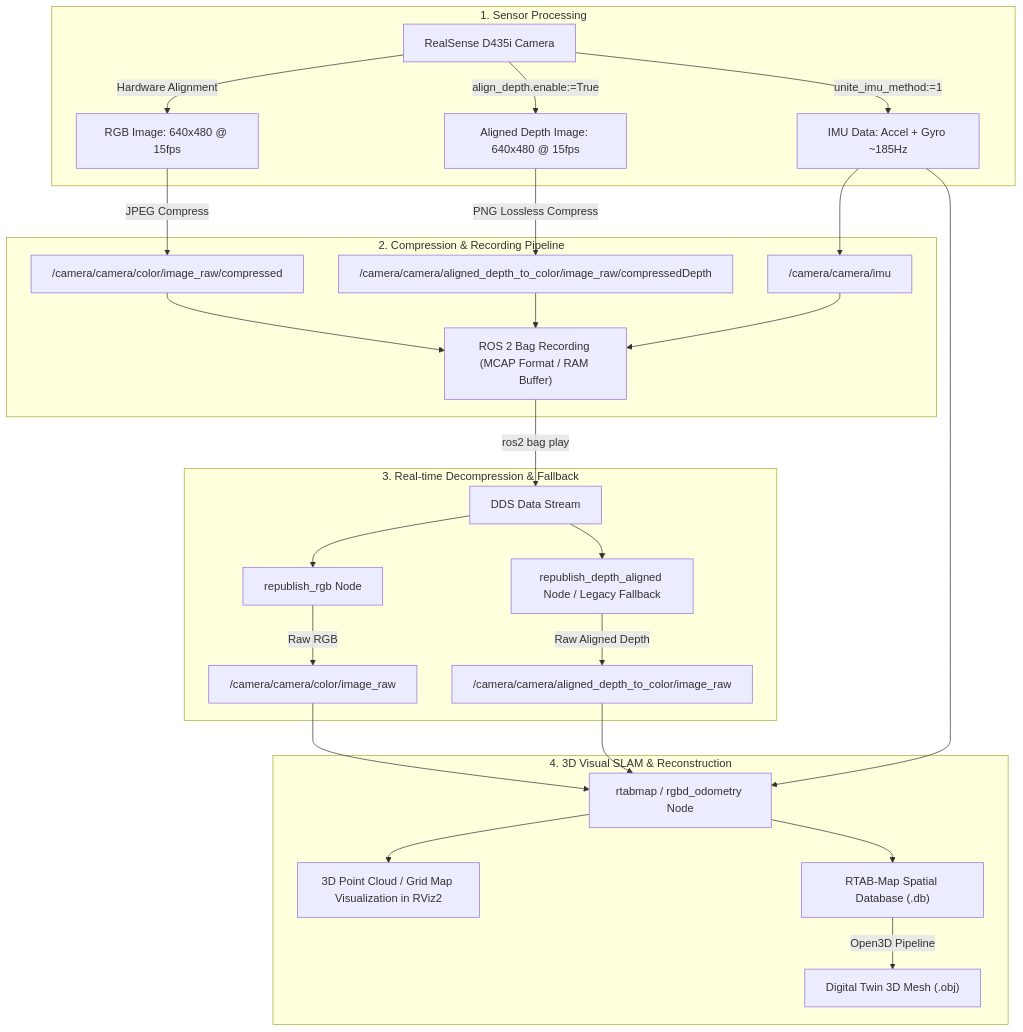
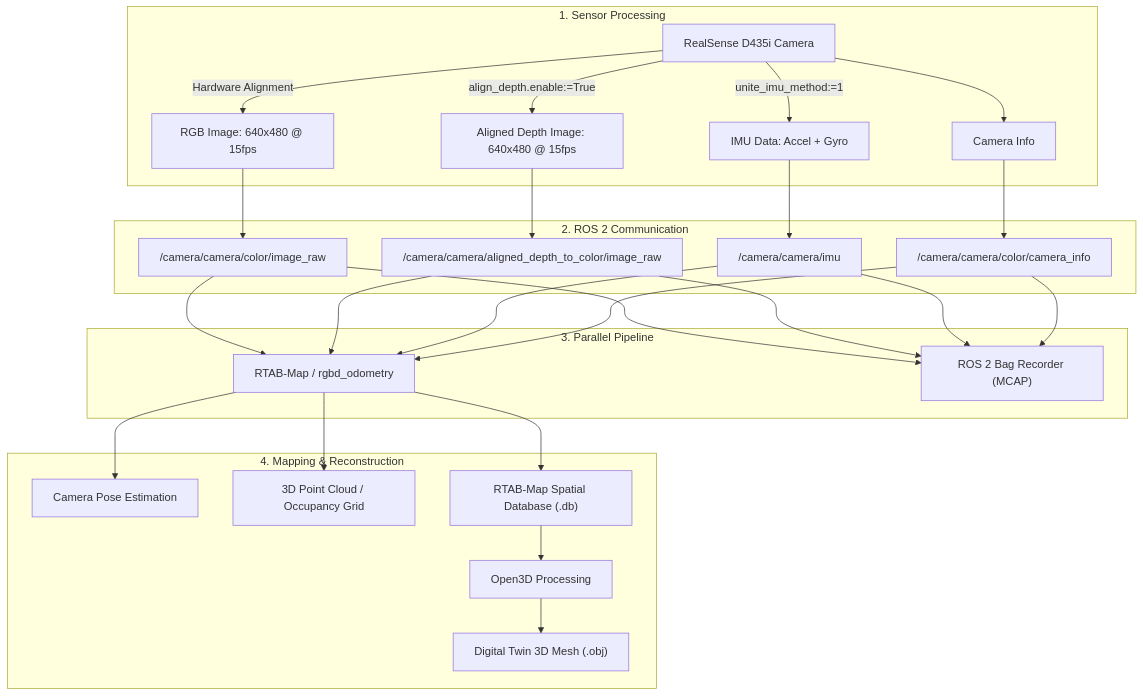
One commit to juhoimda/auto-mobility changed the diagram in README.md. Above: the diagram before and after it, drawn with Mermaid.

Commit message:
docs: README 시스템 아키텍처 다이어그램 파이프라인 구조 갱신

````diff
--- a/README.md
+++ b/README.md
@@ -11,30 +11,38 @@
 ```mermaid
 graph TD
     subgraph 1. Sensor Processing
-        A[RealSense D435i Camera] -->|Hardware Alignment| B[RGB Image: 640x480 @ 15fps]
+        A[RealSense D435i Camera]
+        A -->|Hardware Alignment| B[RGB Image: 640x480 @ 15fps]
         A -->|align_depth.enable:=True| C[Aligned Depth Image: 640x480 @ 15fps]
-        A -->|unite_imu_method:=1| D[IMU Data: Accel + Gyro ~185Hz]
+        A -->|unite_imu_method:=1| D[IMU Data: Accel + Gyro]
+        A --> E[Camera Info]
     end
 
-    subgraph 2. Compression & Recording Pipeline
-        B -->|JPEG Compress| E["/camera/camera/color/image_raw/compressed"]
-        C -->|PNG Lossless Compress| F["/camera/camera/aligned_depth_to_color/image_raw/compressedDepth"]
-        D --> G["/camera/camera/imu"]
-        E & F & G --> H["ROS 2 Bag Recording (MCAP Format / RAM Buffer)"]
+    subgraph 2. ROS 2 Communication
+        B --> F["/camera/camera/color/image_raw"]
+        C --> G["/camera/camera/aligned_depth_to_color/image_raw"]
+        D --> H["/camera/camera/imu"]
+        E --> I["/camera/camera/color/camera_info"]
     end
 
-    subgraph 3. Real-time Decompression & Fallback
-        H -->|ros2 bag play| I[DDS Data Stream]
-        I --> J[republish_rgb Node]
-        I --> K[republish_depth_aligned Node / Legacy Fallback]
-        J -->|Raw RGB| L["/camera/camera/color/image_raw"]
-        K -->|Raw Aligned Depth| M["/camera/camera/aligned_depth_to_color/image_raw"]
+    subgraph 3. Parallel Pipeline
+        F --> J[RTAB-Map / rgbd_odometry]
+        G --> J
+        H --> J
+        I --> J
+
+        F --> K["ROS 2 Bag Recorder (MCAP)"]
+        G --> K
+        H --> K
+        I --> K
     end
 
-    subgraph 4. 3D Visual SLAM & Reconstruction
-        L & M & D --> N[rtabmap / rgbd_odometry Node]
-        N --> O[3D Point Cloud / Grid Map Visualization in RViz2]
-        N --> P["RTAB-Map Spatial Database (.db)"]
-        P -->|Open3D Pipeline| Q["Digital Twin 3D Mesh (.obj)"]
+    subgraph 4. Mapping & Reconstruction
+        J --> L[Camera Pose Estimation]
+        J --> M[3D Point Cloud / Occupancy Grid]
+        J --> N["RTAB-Map Spatial Database (.db)"]
+
+        N --> O[Open3D Processing]
+        O --> P["Digital Twin 3D Mesh (.obj)"]
     end
 ```
````
